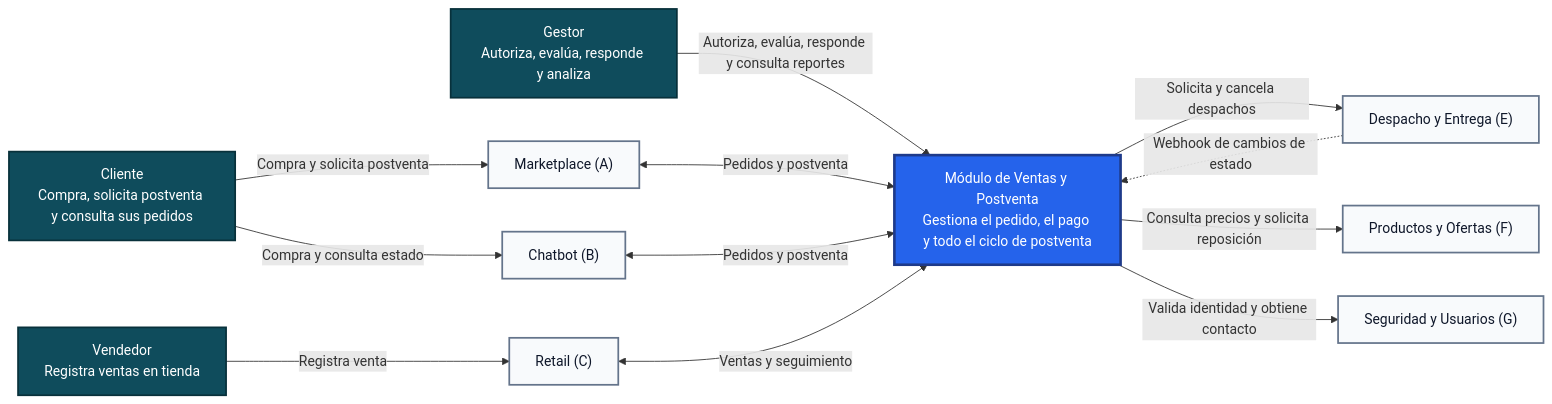
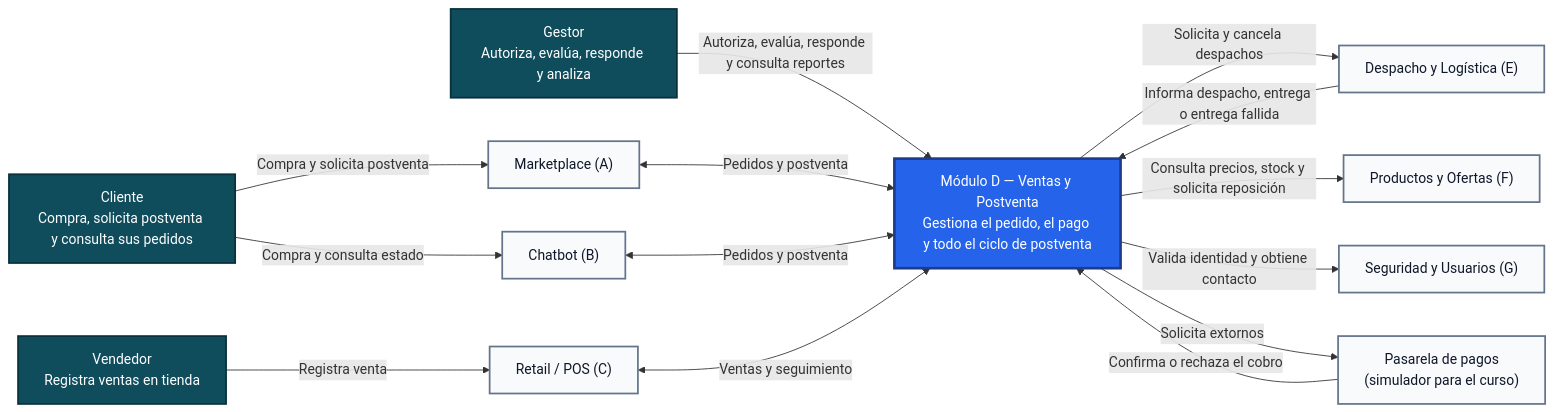
The diagram in arquitectura/c4-nivel-1-contexto-ventas-postventa.md (Taller-SW-Web/G5-Ventas-Postventas), drawn with Mermaid before and after one commit. The commit also changed other lines of this file, not shown here.

````diff
--- a/arquitectura/c4-nivel-1-contexto-ventas-postventa.md
+++ b/arquitectura/c4-nivel-1-contexto-ventas-postventa.md
@@ -9,34 +9,37 @@
 ```mermaid
 flowchart LR
     classDef persona fill:#0F4C5C,color:#FFFFFF,stroke:#08313B,stroke-width:2px
     classDef sistema fill:#2563EB,color:#FFFFFF,stroke:#1E3A8A,stroke-width:3px
     classDef externo fill:#F8FAFC,color:#0F172A,stroke:#64748B,stroke-width:2px
 
     CLI["Cliente<br/>Compra, solicita postventa y consulta sus pedidos"]:::persona
     VEND["Vendedor<br/>Registra ventas en tienda"]:::persona
     GES["Gestor<br/>Autoriza, evalúa, responde y analiza"]:::persona
 
     MKT["Marketplace (A)"]:::externo
     CHT["Chatbot (B)"]:::externo
-    RET["Retail (C)"]:::externo
+    RET["Retail / POS (C)"]:::externo
 
-    VP["Módulo de Ventas y Postventa<br/>Gestiona el pedido, el pago y todo el ciclo de postventa"]:::sistema
+    VP["Módulo D — Ventas y Postventa<br/>Gestiona el pedido, el pago y todo el ciclo de postventa"]:::sistema
 
-    DESP["Despacho y Entrega (E)"]:::externo
+    DESP["Despacho y Logística (E)"]:::externo
     PRO["Productos y Ofertas (F)"]:::externo
     SEG["Seguridad y Usuarios (G)"]:::externo
+    PAS["Pasarela de pagos<br/>(simulador para el curso)"]:::externo
 
     CLI -->|"Compra y solicita postventa"| MKT
     CLI -->|"Compra y consulta estado"| CHT
     VEND -->|"Registra venta"| RET
     GES -->|"Autoriza, evalúa, responde y consulta reportes"| VP
 
     MKT <-->|"Pedidos y postventa"| VP
     CHT <-->|"Pedidos y postventa"| VP
     RET <-->|"Ventas y seguimiento"| VP
 
     VP -->|"Solicita y cancela despachos"| DESP
-    DESP -.->|"Webhook de cambios de estado"| VP
-    VP -->|"Consulta precios y solicita reposición"| PRO
+    DESP -->|"Informa despacho, entrega o entrega fallida"| VP
+    VP -->|"Consulta precios, stock y solicita reposición"| PRO
     VP -->|"Valida identidad y obtiene contacto"| SEG
+    PAS -->|"Confirma o rechaza el cobro"| VP
+    VP -->|"Solicita extornos"| PAS
 ```
````
